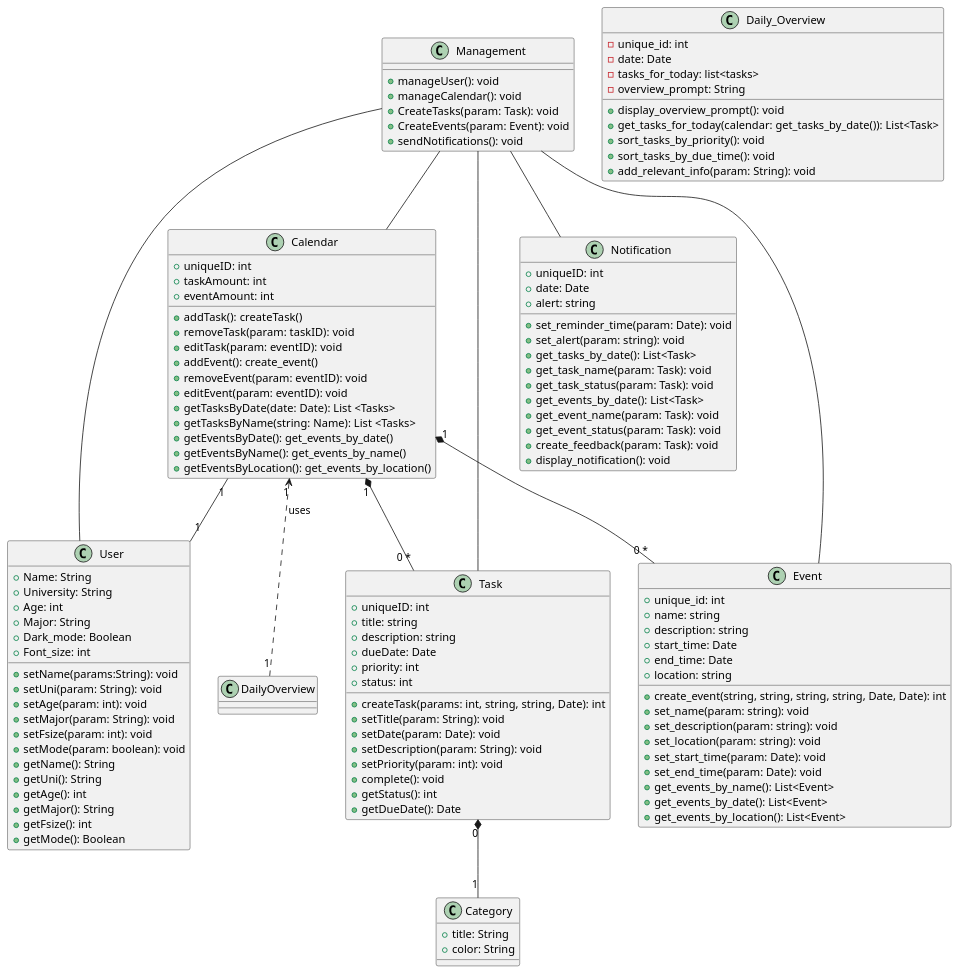
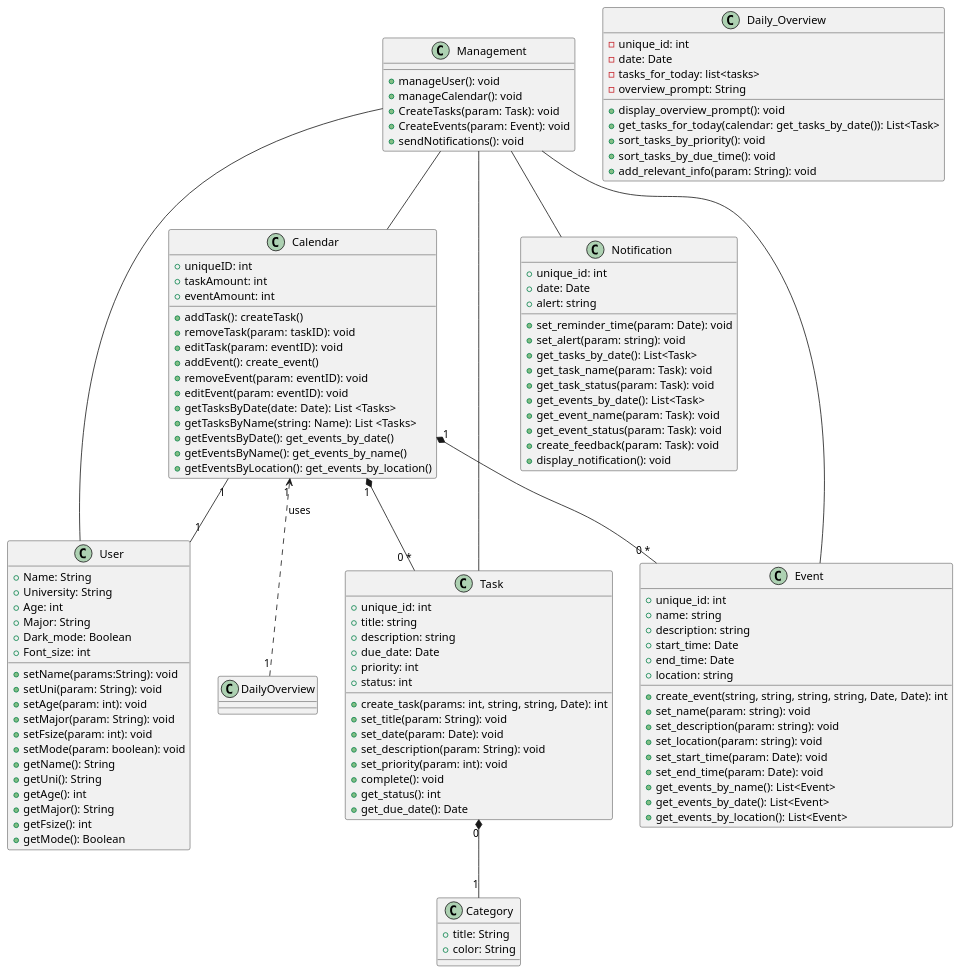
Before and after one commit to CS361-2024Fall-Term/Innovators: the diagram in assignment6/Diagram.puml, drawn with PlantUML.

```diff
--- a/assignment6/Diagram.puml
+++ b/assignment6/Diagram.puml
@@ -1,133 +1,133 @@
 @startuml
 
 class User {
   +Name: String
   +University: String
   +Age: int
   +Major: String
   +Dark_mode: Boolean
   +Font_size: int
   +setName(params:String): void
   +setUni(param: String): void
   +setAge(param: int): void
   +setMajor(param: String): void
   +setFsize(param: int): void
   +setMode(param: boolean): void
   +getName(): String
   +getUni(): String
   +getAge(): int
   +getMajor(): String
   +getFsize(): int
   +getMode(): Boolean
  
 }
 
 class Calendar {
   +uniqueID: int  
   +taskAmount: int
   +eventAmount: int
   +addTask(): createTask()
   +removeTask(param: taskID): void
   +editTask(param: eventID): void
   +addEvent(): create_event()
   +removeEvent(param: eventID): void
   +editEvent(param: eventID): void
   +getTasksByDate(date: Date): List <Tasks>
   +getTasksByName(string: Name): List <Tasks>
   +getEventsByDate(): get_events_by_date()
   +getEventsByName(): get_events_by_name()
   +getEventsByLocation(): get_events_by_location()
 }
 
 class Task {
-  +uniqueID: int
+  +unique_id: int
   +title: string
   +description: string
-  +dueDate: Date
+  +due_date: Date
   +priority: int
   +status: int
-  +createTask(params: int, string, string, Date): int
-  +setTitle(param: String): void
-  +setDate(param: Date): void
-  +setDescription(param: String): void
-  +setPriority(param: int): void
+  +create_task(params: int, string, string, Date): int
+  +set_title(param: String): void
+  +set_date(param: Date): void
+  +set_description(param: String): void
+  +set_priority(param: int): void
   +complete(): void
-  +getStatus(): int
-  +getDueDate(): Date
+  +get_status(): int
+  +get_due_date(): Date
 }
 
 class Category {
   +title: String
   +color: String
 }
 
 class Notification {
-  +uniqueID: int  
+  +unique_id: int  
   +date: Date
   +alert: string
   
   +set_reminder_time(param: Date): void
   +set_alert(param: string): void
   +get_tasks_by_date(): List<Task>
   +get_task_name(param: Task): void
   +get_task_status(param: Task): void
   +get_events_by_date(): List<Task>
   +get_event_name(param: Task): void
   +get_event_status(param: Task): void
   +create_feedback(param: Task): void
   +display_notification(): void
 }
 
 class Event {
   +unique_id: int  
   +name: string
   +description: string
   +start_time: Date
   +end_time: Date
   +location: string
   +create_event(string, string, string, string, Date, Date): int
   +set_name(param: string): void
   +set_description(param: string): void
   +set_location(param: string): void
   +set_start_time(param: Date): void
   +set_end_time(param: Date): void
   +get_events_by_name(): List<Event>
   +get_events_by_date(): List<Event>
   +get_events_by_location(): List<Event>
 }
 
 class Daily_Overview {
     -unique_id: int
     -date: Date
     -tasks_for_today: list<tasks>
     -overview_prompt: String
 
     +display_overview_prompt(): void
     +get_tasks_for_today(calendar: get_tasks_by_date()): List<Task>
     +sort_tasks_by_priority(): void
     +sort_tasks_by_due_time(): void
     +add_relevant_info(param: String): void
 }
 
 class Management {
   +manageUser(): void
   +manageCalendar(): void
   +CreateTasks(param: Task): void
   +CreateEvents(param: Event): void
   +sendNotifications(): void
 }
 
 Management -- User
 Management -- Calendar
 Management -- Task
 Management -- Event
 Management -- Notification
 
 Calendar "1" -- "1" User
 Calendar "1" *-- "0 *" Task
 Calendar "1" <.. "1" DailyOverview : uses
 Calendar "1" *-- "0 *" Event
 Task "0" *-- "1" Category
 
 
 @enduml
```
